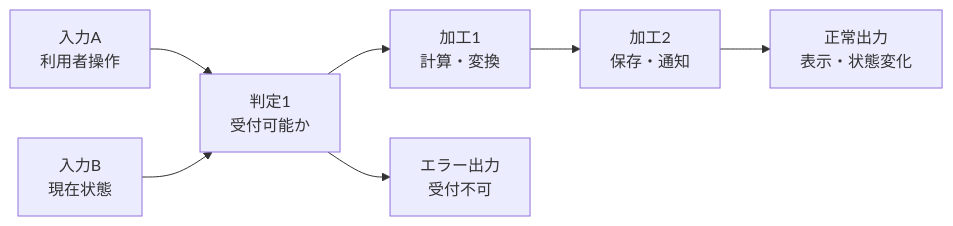
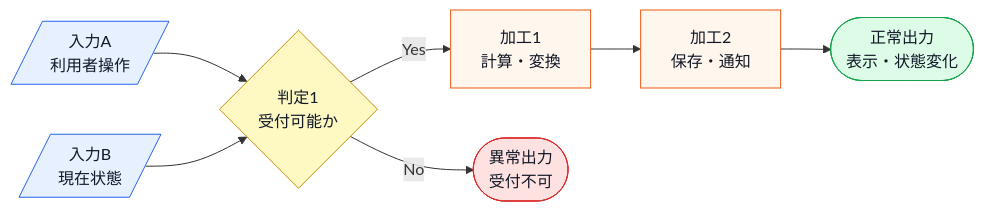
One commit to kumachan1101-pixel/DesignPattern changed the third of 3 diagrams in kindle/design-patterns/output/chapter00_2.md. Above: the diagram before and after it, drawn with Mermaid. The commit also changed 15 other files, not shown here.

Commit message:
fix: 仕様図の入出力と分岐を明確化

````diff
--- a/kindle/design-patterns/output/chapter00_2.md
+++ b/kindle/design-patterns/output/chapter00_2.md
@@ -222,9 +222,15 @@
 ```mermaid
 flowchart LR
-    A["入力A<br>利用者操作"] --> B["判定1<br>受付可能か"]
-    C["入力B<br>現在状態"] --> B
-    B --> D["加工1<br>計算・変換"]
-    D --> E["加工2<br>保存・通知"]
-    E --> F["正常出力<br>表示・状態変化"]
-    B --> G["エラー出力<br>受付不可"]
+    A[/入力A<br>利用者操作/]:::input --> B{判定1<br>受付可能か}:::decision
+    C[/入力B<br>現在状態/]:::input --> B
+    B -->|Yes| D[加工1<br>計算・変換]:::process
+    D --> E[加工2<br>保存・通知]:::process
+    E --> F([正常出力<br>表示・状態変化]):::normal
+    B -->|No| G([異常出力<br>受付不可]):::error
+
+    classDef input fill:#e7f0ff,stroke:#2563eb,color:#111827;
+    classDef process fill:#fff7ed,stroke:#ea580c,color:#111827;
+    classDef decision fill:#fef9c3,stroke:#ca8a04,color:#111827;
+    classDef normal fill:#dcfce7,stroke:#16a34a,color:#111827;
+    classDef error fill:#fee2e2,stroke:#dc2626,color:#111827;
 ```
````
